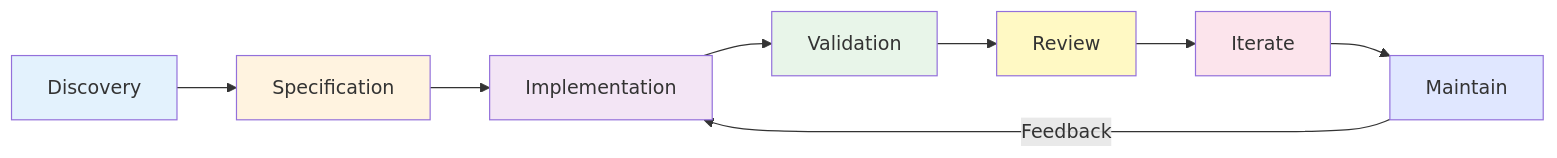
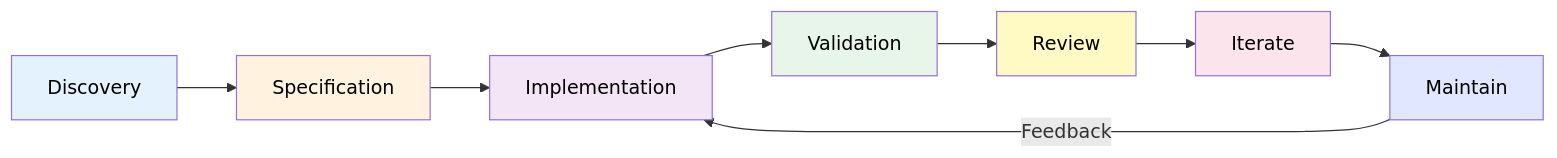
Before and after one commit to ready-to-release/eac: the fourth of 5 diagrams in docs/explanation/specifications/three-layer-approach.md, drawn with Mermaid. The commit also changed other lines of this file and 49 other files, not shown here.

````diff
--- a/docs/explanation/specifications/three-layer-approach.md
+++ b/docs/explanation/specifications/three-layer-approach.md
@@ -254,16 +255,16 @@
 ```mermaid
 flowchart LR
     Discovery --> Specification --> Implementation --> Validation
     Validation --> Review
     Review --> Iterate
     Iterate --> Maintain
     Maintain -->|Feedback| Implementation
 
-    style Discovery fill:#e3f2fd
-    style Specification fill:#fff3e0
-    style Implementation fill:#f3e5f5
-    style Validation fill:#e8f5e9
-    style Review fill:#fff9c4
-    style Iterate fill:#fce4ec
-    style Maintain fill:#e0e7ff
+    style Discovery fill:#e3f2fd,color:#000
+    style Specification fill:#fff3e0,color:#000
+    style Implementation fill:#f3e5f5,color:#000
+    style Validation fill:#e8f5e9,color:#000
+    style Review fill:#fff9c4,color:#000
+    style Iterate fill:#fce4ec,color:#000
+    style Maintain fill:#e0e7ff,color:#000
 ```
````
